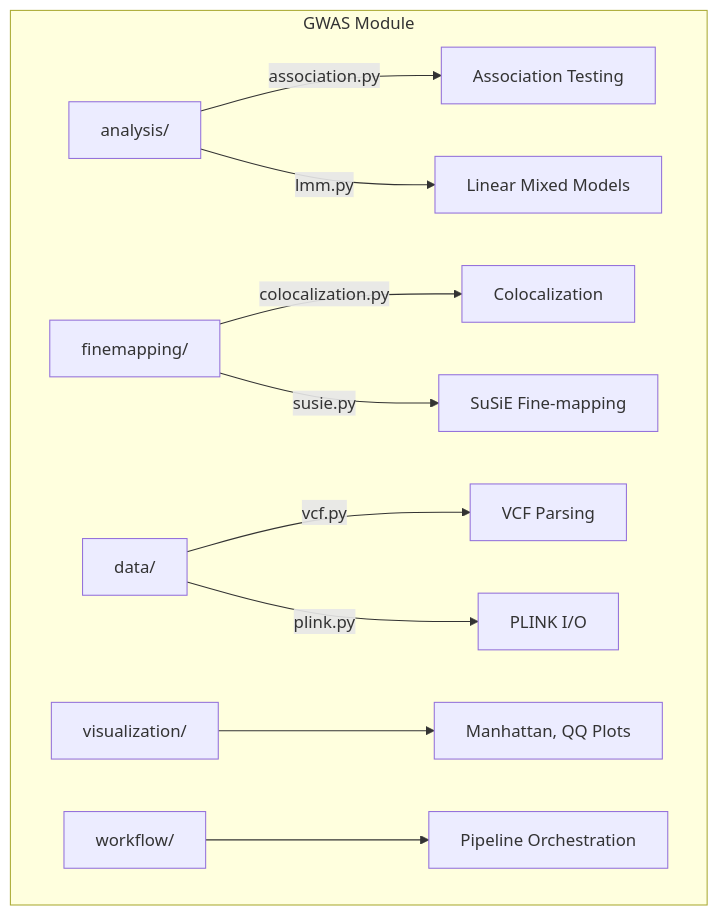
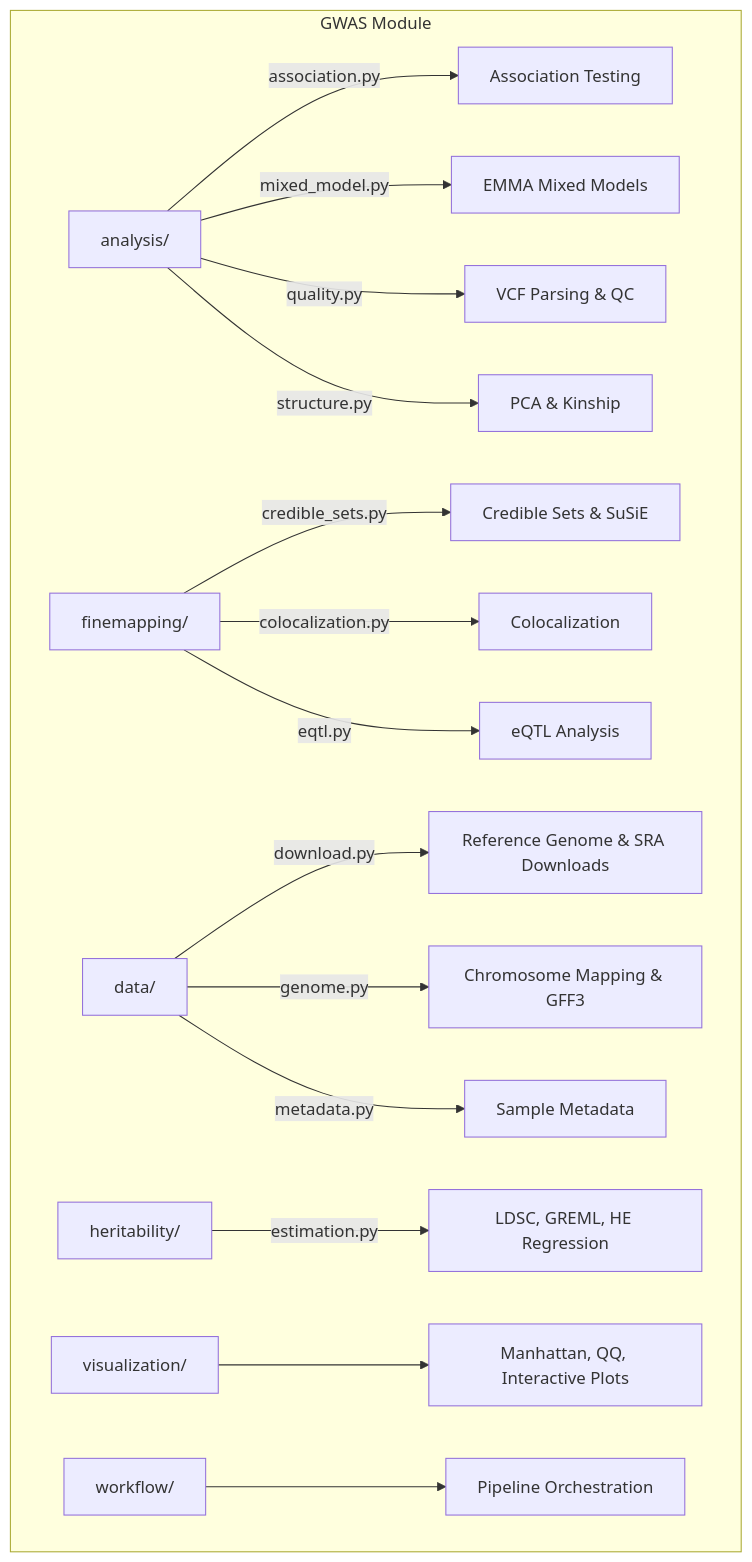
Before and after one commit to docxology/MetaInformAnt: the diagram in docs/gwas/README.md, drawn with Mermaid. The commit also changed other lines of this file and 302 other files, not shown here.

````diff
--- a/docs/gwas/README.md
+++ b/docs/gwas/README.md
@@ -7,17 +7,23 @@
 ```mermaid
 graph TD
     subgraph "GWAS Module"
         A[analysis/] --> |association.py| AS[Association Testing]
-        A --> |lmm.py| LM[Linear Mixed Models]
-        
-        F[finemapping/] --> |colocalization.py| CO[Colocalization]
-        F --> |susie.py| SU[SuSiE Fine-mapping]
-        
-        D[data/] --> |vcf.py| VCF[VCF Parsing]
-        D --> |plink.py| PL[PLINK I/O]
-        
-        V[visualization/] --> VIS[Manhattan, QQ Plots]
-        
+        A --> |mixed_model.py| LM[EMMA Mixed Models]
+        A --> |quality.py| QC[VCF Parsing & QC]
+        A --> |structure.py| ST[PCA & Kinship]
+
+        F[finemapping/] --> |credible_sets.py| CS[Credible Sets & SuSiE]
+        F --> |colocalization.py| CO[Colocalization]
+        F --> |eqtl.py| EQ[eQTL Analysis]
+
+        D[data/] --> |download.py| DL[Reference Genome & SRA Downloads]
+        D --> |genome.py| GN[Chromosome Mapping & GFF3]
+        D --> |metadata.py| MD[Sample Metadata]
+
+        H[heritability/] --> |estimation.py| HE[LDSC, GREML, HE Regression]
+
+        V[visualization/] --> VIS[Manhattan, QQ, Interactive Plots]
+
         W[workflow/] --> WF[Pipeline Orchestration]
     end
 ```
````
